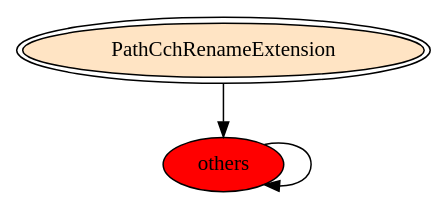
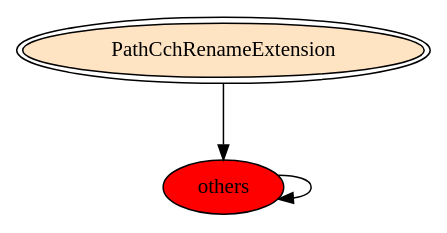
The diagram in [OC0001] Filesystem/[C0015] Alter Filename Extension/[C0015.007X] PathCchRenameExtension/gv/PathCchRenameExtension.exe_6504_Files and I_O (Local file system)_API_per_Category_Transition_Matrix.gv (reverseame/windows-behavior-catalog), drawn with Graphviz before and after one commit. The commit also changed 220 other files, not shown here.

```diff
--- a/[OC0001] Filesystem/[C0015] Alter Filename Extension/[C0015.007X] PathCchRenameExtension/gv/PathCchRenameExtension.exe_6504_Files and I_O (Local file system)_API_per_Category_Transition_Matrix.gv
+++ b/[OC0001] Filesystem/[C0015] Alter Filename Extension/[C0015.007X] PathCchRenameExtension/gv/PathCchRenameExtension.exe_6504_Files and I_O (Local file system)_API_per_Category_Transition_Matrix.gv
@@ -1,6 +1,6 @@
 digraph "./REPORTS/6772/API_PER_CATEGORY/PathCchRenameExtension.exe_6504_Files and I_O (Local file system)_API_per_Category_Transition_Matrix" {
 	PathCchRenameExtension [label=PathCchRenameExtension fillcolor=bisque peripheries=2 style=filled]
 	others [label=others fillcolor=red style=filled]
-	PathCchRenameExtension -> others [label=""]
-	others -> others [label=""]
+	PathCchRenameExtension -> others [label=1.0 fontcolor=white]
+	others -> others [label=1.0 fontcolor=white]
 }
```
